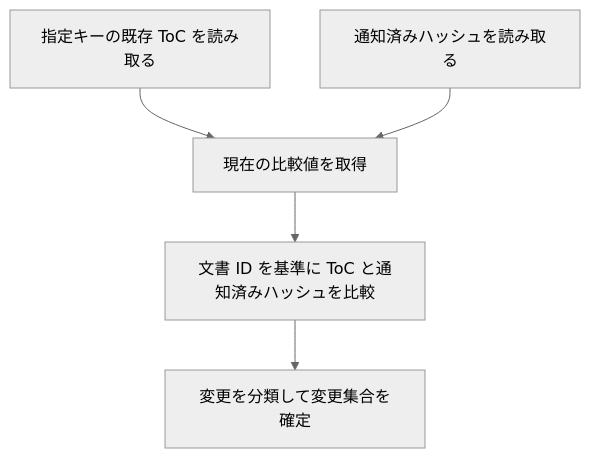
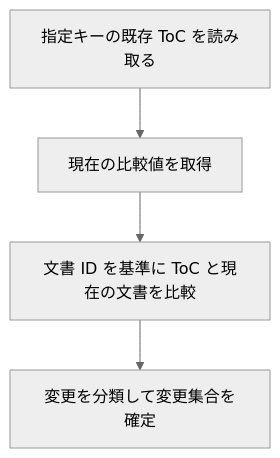
Before and after one commit to BlueEventHorizon/doc-link: the first of 2 diagrams in docs/specs/requirement/REQ-003_toc.md, drawn with Mermaid (neutral theme). The commit also changed other lines of this file and 14 other files, not shown here.

````diff
--- a/docs/specs/requirement/REQ-003_toc.md
+++ b/docs/specs/requirement/REQ-003_toc.md
@@ -215,13 +211,11 @@
 ```mermaid
 flowchart TB
     T[指定キーの既存 ToC を読み取る]
-    H[通知済みハッシュを読み取る]
     C[現在の比較値を取得]
-    X[文書 ID を基準に ToC と通知済みハッシュを比較]
+    X[文書 ID を基準に ToC と現在の文書を比較]
     S[変更を分類して変更集合を確定]
 
     T --> C
-    H --> C
     C --> X
     X --> S
 ```
````
